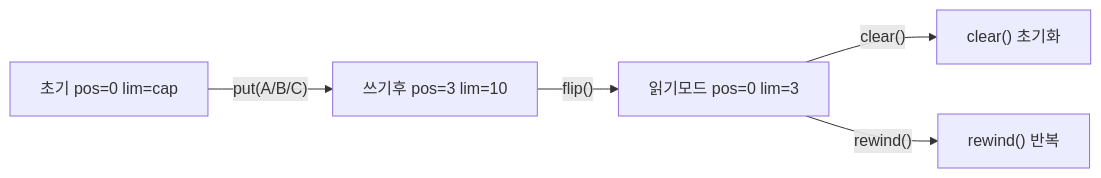
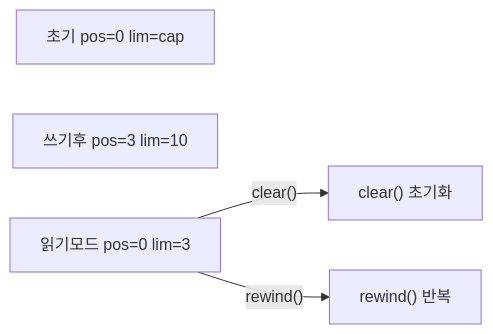
One commit to yjkim2015/yjkim2015.github.io changed the sixth of 8 diagrams in _posts/java/2026-05-01-java-io.md. Above: the diagram before and after it, drawn with Mermaid. The commit also changed other lines of this file and 132 other files, not shown here.

First line of the commit message:
Mermaid 다이어그램 가독성 정리: 단순 제거, 노드 축소, TD→LR 변환

````diff
--- a/_posts/java/2026-05-01-java-io.md
+++ b/_posts/java/2026-05-01-java-io.md
@@ -240,12 +236,10 @@
 ```mermaid
 graph LR
     초기["초기 pos=0 lim=cap"]
     쓰기후["쓰기후 pos=3 lim=10"]
     읽기모드["읽기모드 pos=0 lim=3"]
     쓰기초기화["clear() 초기화"]
     읽기반복["rewind() 반복"]
-    초기 -->|"put(A/B/C)"| 쓰기후
-    쓰기후 -->|"flip()"| 읽기모드
     읽기모드 -->|"clear()"| 쓰기초기화
     읽기모드 -->|"rewind()"| 읽기반복
 ```
````
